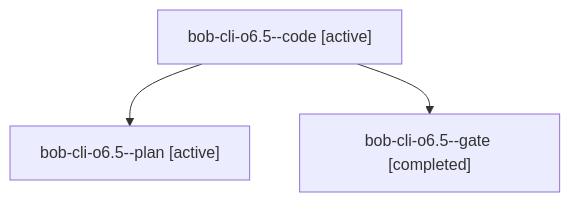
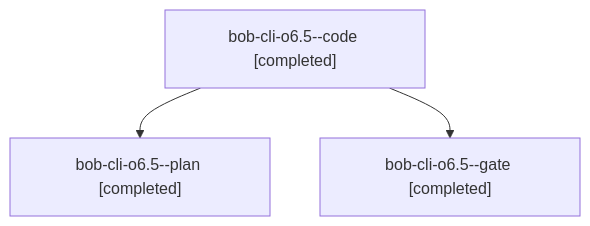
Before and after one commit to bobs-org/bob-cli--agents: the diagram in sessions/bbugyi200.athena.bob-cli-o6.5.md, drawn with Mermaid. The commit also changed other lines of this file and 39 other files, not shown here.

````diff
--- a/sessions/bbugyi200.athena.bob-cli-o6.5.md
+++ b/sessions/bbugyi200.athena.bob-cli-o6.5.md
@@ -9,8 +9,8 @@
 ```mermaid
 flowchart TD
-  n0["bob-cli-o6.5--code [active]"]
-  n1["bob-cli-o6.5--plan [active]"]
+  n0["bob-cli-o6.5--code [completed]"]
+  n1["bob-cli-o6.5--plan [completed]"]
   n0 --> n1
   n2["bob-cli-o6.5--gate [completed]"]
   n0 --> n2
 ```
````
